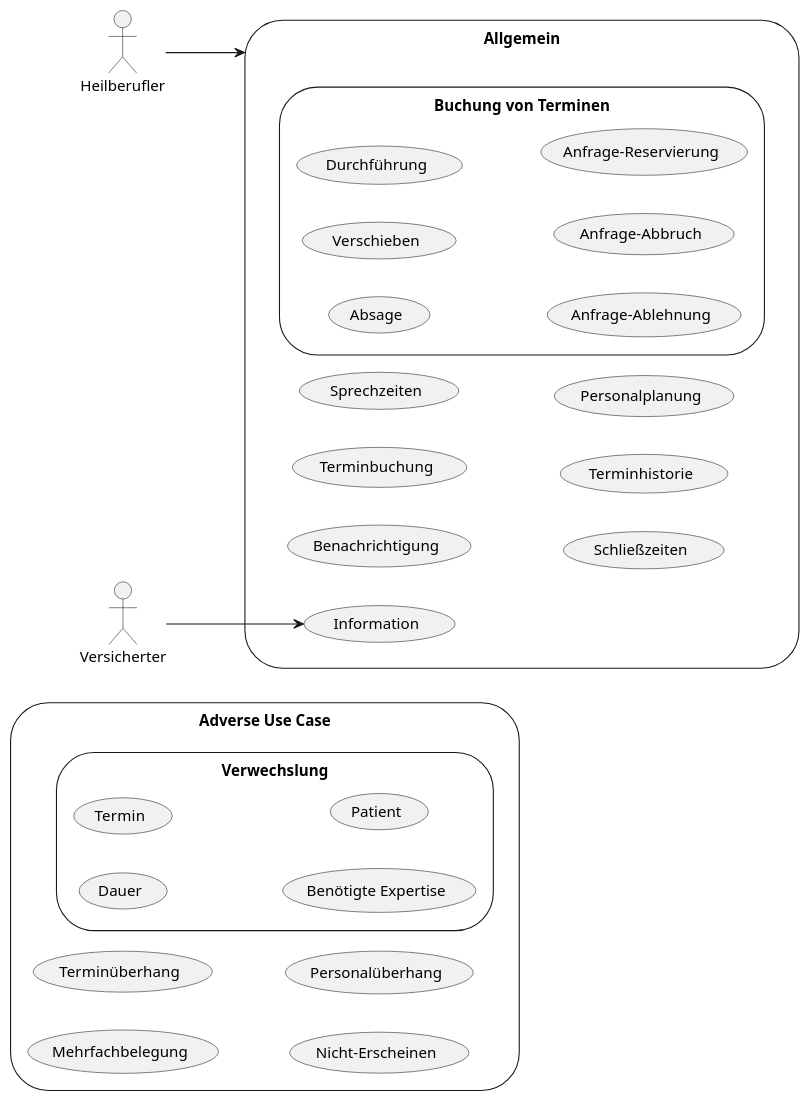
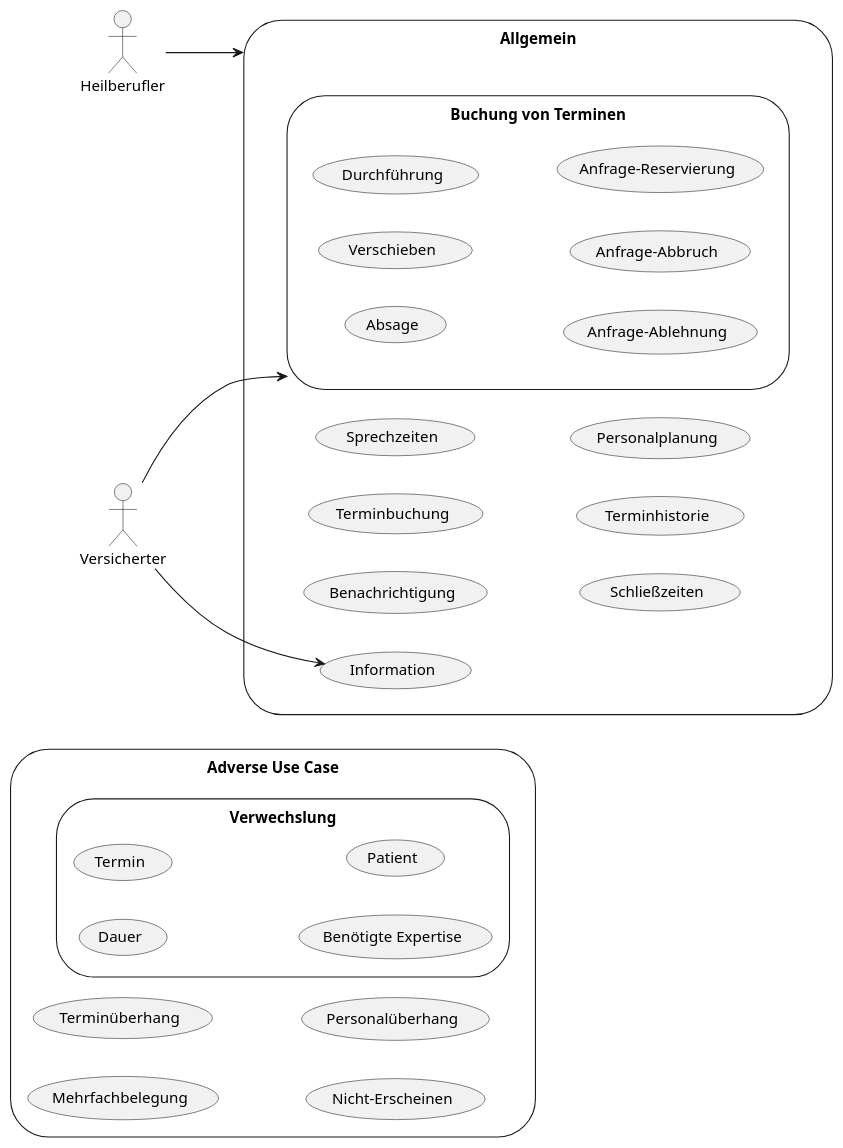
One commit to gematik/spec-ISiK-Terminplanung changed the diagram in Material/images/src/plantuml/usecases.puml. Above: the diagram before and after it, drawn with PlantUML. The commit also changed 4 other files, not shown here.

```diff
--- a/Material/images/src/plantuml/usecases.puml
+++ b/Material/images/src/plantuml/usecases.puml
@@ -15,45 +15,47 @@
 @startuml usecases
 left to right direction
 'skinparam packageStyle cloud
 'skinparam linetype ortho
 
 'actor :FHIR Repository: as DB << Application >>
 actor :Heilberufler:
 actor :Versicherter:
 storage adverseUC as "Adverse Use Case" {
     storage (Verwechslung){
         (Dauer)
         (Termin)
         (Benötigte Expertise)
         (Patient)
     }
     (Mehrfachbelegung)
     (Terminüberhang)
     (Nicht-Erscheinen)
     (Personalüberhang)
 }
 
 storage gnrlUC as "Allgemein" {
     (Information)
     (Benachrichtigung)
     (Terminbuchung)
     (Sprechzeiten)
     (Schließzeiten)
     (Terminhistorie)
     (Personalplanung)
     storage booKUC as "Buchung von Terminen"{
         (Absage) 
         (Verschieben)
         (Durchführung)
         (Anfrage-Ablehnung)
         (Anfrage-Abbruch)
         (Anfrage-Reservierung)
     }
 }
 
 Heilberufler --> gnrlUC
 Versicherter --> Information
+Versicherter --> booKUC
+
 
 'fncts --> adverseUC : mitigates
 'fncts --> gnrlUC : enables
 @enduml
```
